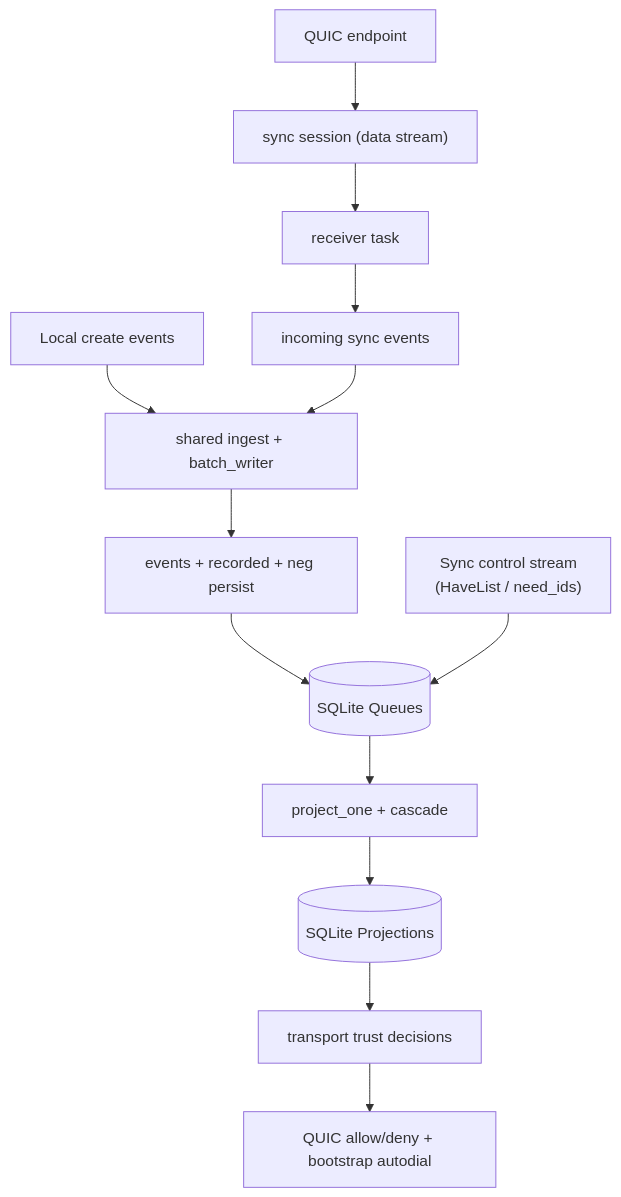
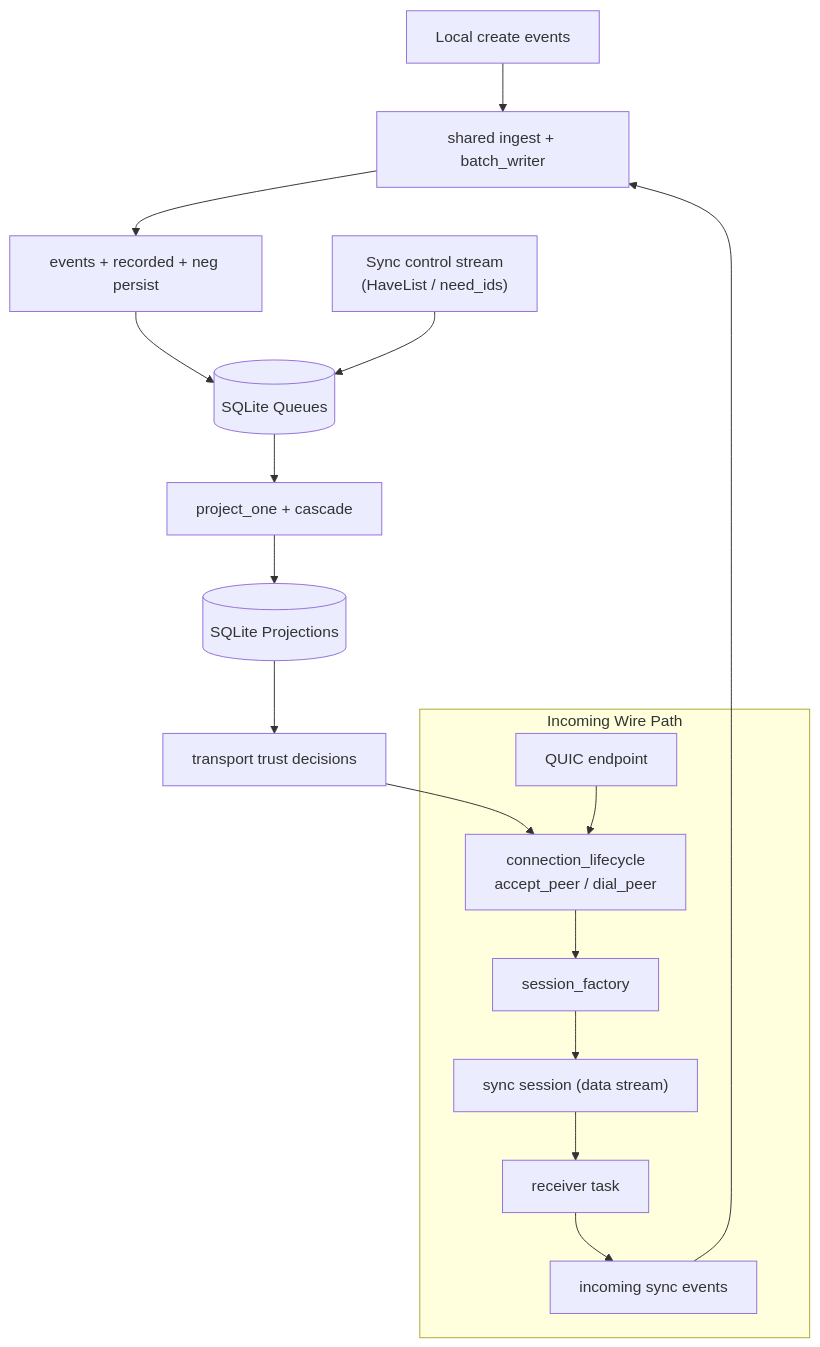
The fifth of 7 diagrams in docs/CURRENT_RUNTIME_DIAGRAM.md (holmesworcester/topo), drawn with Mermaid before and after one commit. The commit also changed other lines of this file, not shown here.

Commit message:
Update runtime diagram drafts for transport capsule boundary

````diff
--- a/docs/CURRENT_RUNTIME_DIAGRAM.md
+++ b/docs/CURRENT_RUNTIME_DIAGRAM.md
@@ -124,18 +162,23 @@
 ```mermaid
 flowchart TD
     LOCAL["Local create events"] --> INGEST["shared ingest + batch_writer"]
 
-    QUIC["QUIC endpoint"] --> SESS["sync session (data stream)"]
-    SESS --> RECV["receiver task"]
-    RECV --> INCOMING["incoming sync events"]
+    subgraph WIRE["Incoming Wire Path"]
+      QEP["QUIC endpoint"] --> LIFE["connection_lifecycle\naccept_peer / dial_peer"]
+      LIFE --> FACT["session_factory"]
+      FACT --> SESS["sync session (data stream)"]
+      SESS --> RECV["receiver task"]
+      RECV --> INCOMING["incoming sync events"]
+    end
+
     INCOMING --> INGEST
 
     INGEST --> STORE["events + recorded + neg persist"]
     STORE --> QDB[("SQLite Queues")]
     QDB --> APPLY["project_one + cascade"]
     APPLY --> PDB[("SQLite Projections")]
 
     CTRL["Sync control stream\n(HaveList / need_ids)"] --> QDB
     PDB --> TRUST["transport trust decisions"]
-    TRUST --> NET["QUIC allow/deny + bootstrap autodial"]
+    TRUST --> LIFE
 ```
````
